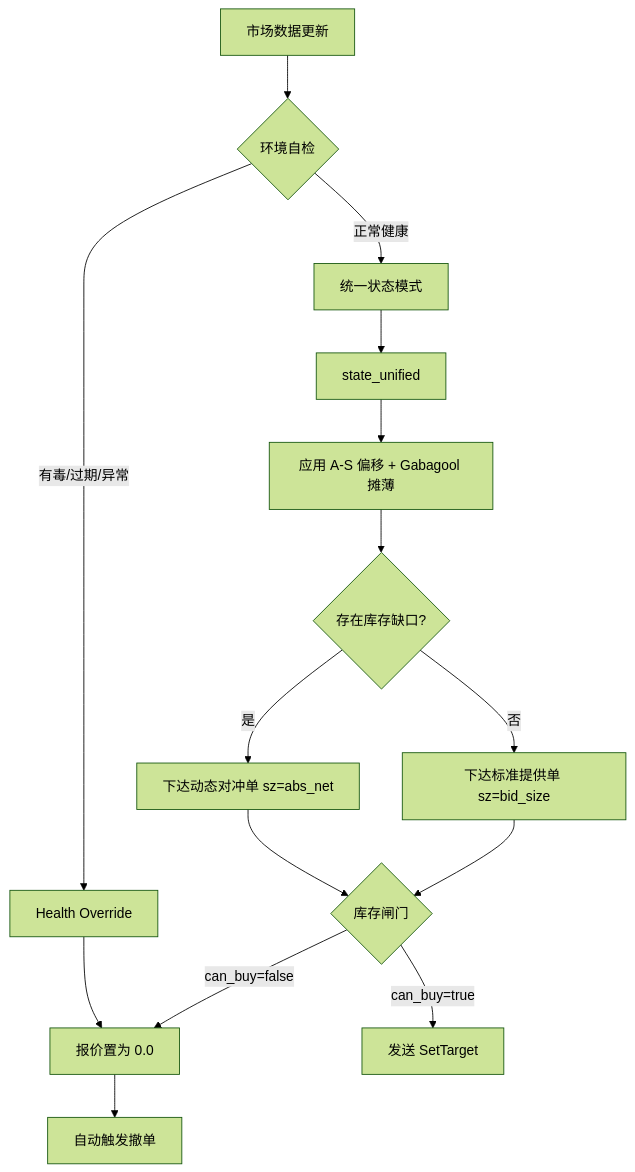
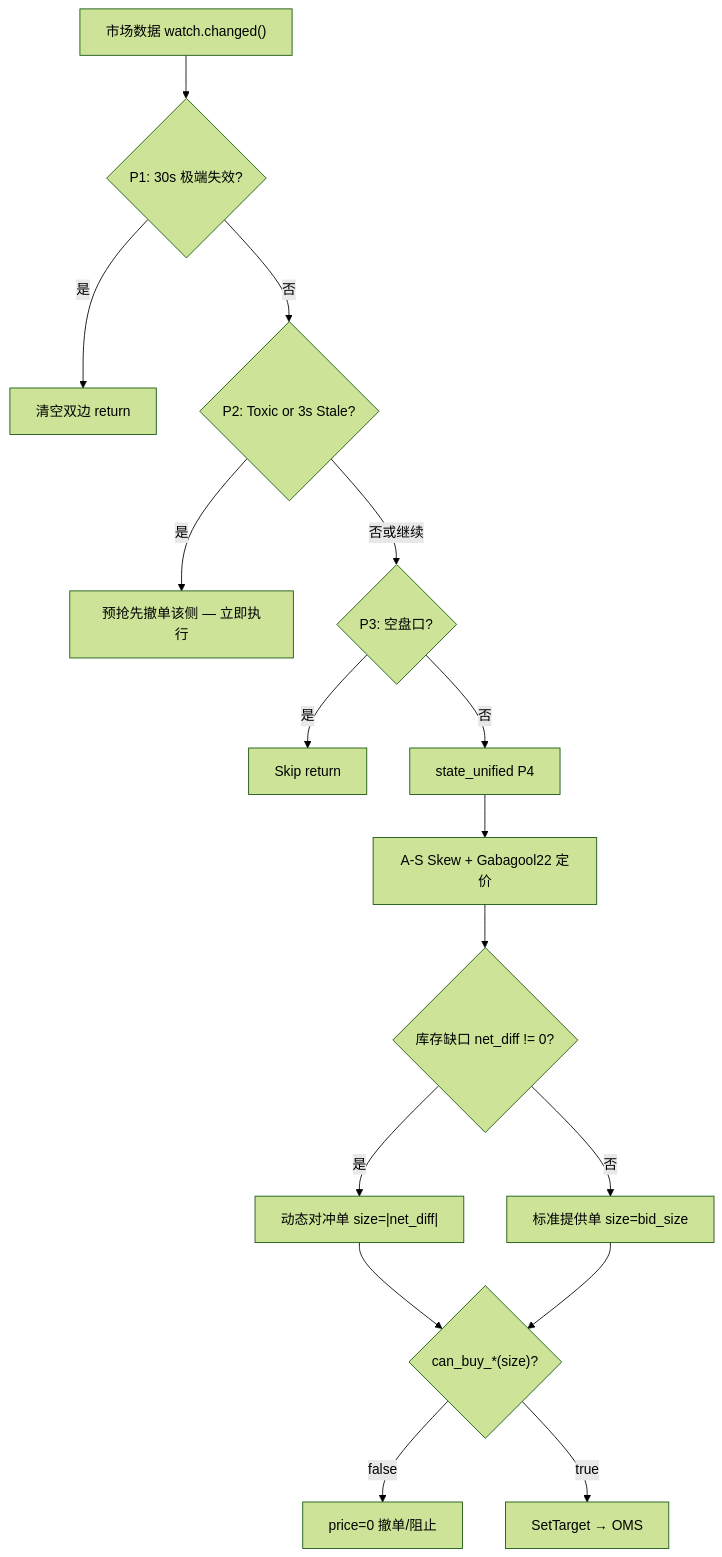
One commit to hot3246624/pm_as_ofi changed the diagram in docs/STRATEGY_V2_CORE_ZH.md. Above: the diagram before and after it, drawn with Mermaid (forest theme). The commit also changed other lines of this file and 3 other files, not shown here.

````diff
--- a/docs/STRATEGY_V2_CORE_ZH.md
+++ b/docs/STRATEGY_V2_CORE_ZH.md
@@ -18,19 +36,18 @@
 ```mermaid
 graph TD
-    A[市场数据更新] --> B{环境自检}
-    B -- 有毒/过期/异常 --> C[Health Override]
-    B -- 正常健康 --> D[统一状态模式]
-
-    C --> G[报价置为 0.0]
-    G --> H[自动触发撤单]
-
-    D --> I[state_unified]
-    I --> J[应用 A-S 偏移 + Gabagool 摊薄]
-    J --> K{存在库存缺口?}
-    K -- 是 --> L[下达动态对冲单 sz=abs_net]
-    K -- 否 --> M[下达标准提供单 sz=bid_size]
-    L --> N{库存闸门}
-    M --> N
-    N -- can_buy=false --> G
-    N -- can_buy=true --> O[发送 SetTarget]
+    A["市场数据 watch.changed()"] --> B{P1: 30s 极端失效?}
+    B -- 是 --> C[清空双边 return]
+    B -- 否 --> D{P2: Toxic or 3s Stale?}
+    D -- 是 --> E[预抢先撤单该侧 — 立即执行]
+    D -- 否或继续 --> F{P3: 空盘口?}
+    F -- 是 --> G[Skip return]
+    F -- 否 --> H[state_unified P4]
+    H --> I[A-S Skew + Gabagool22 定价]
+    I --> J{库存缺口 net_diff != 0?}
+    J -- 是 --> K["动态对冲单 size=|net_diff|"]
+    J -- 否 --> L[标准提供单 size=bid_size]
+    K --> M{"can_buy_*(size)?"}
+    L --> M
+    M -- false --> N[price=0 撤单/阻止]
+    M -- true --> O[SetTarget → OMS]
 ```
````
